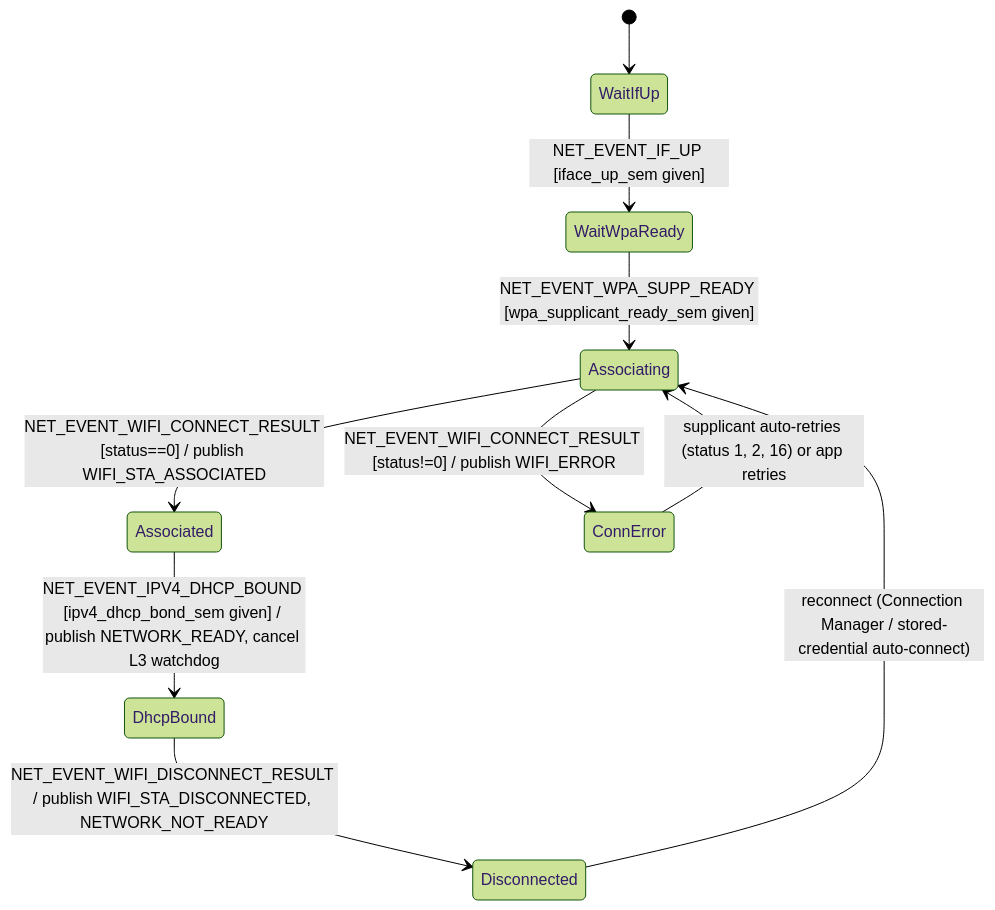
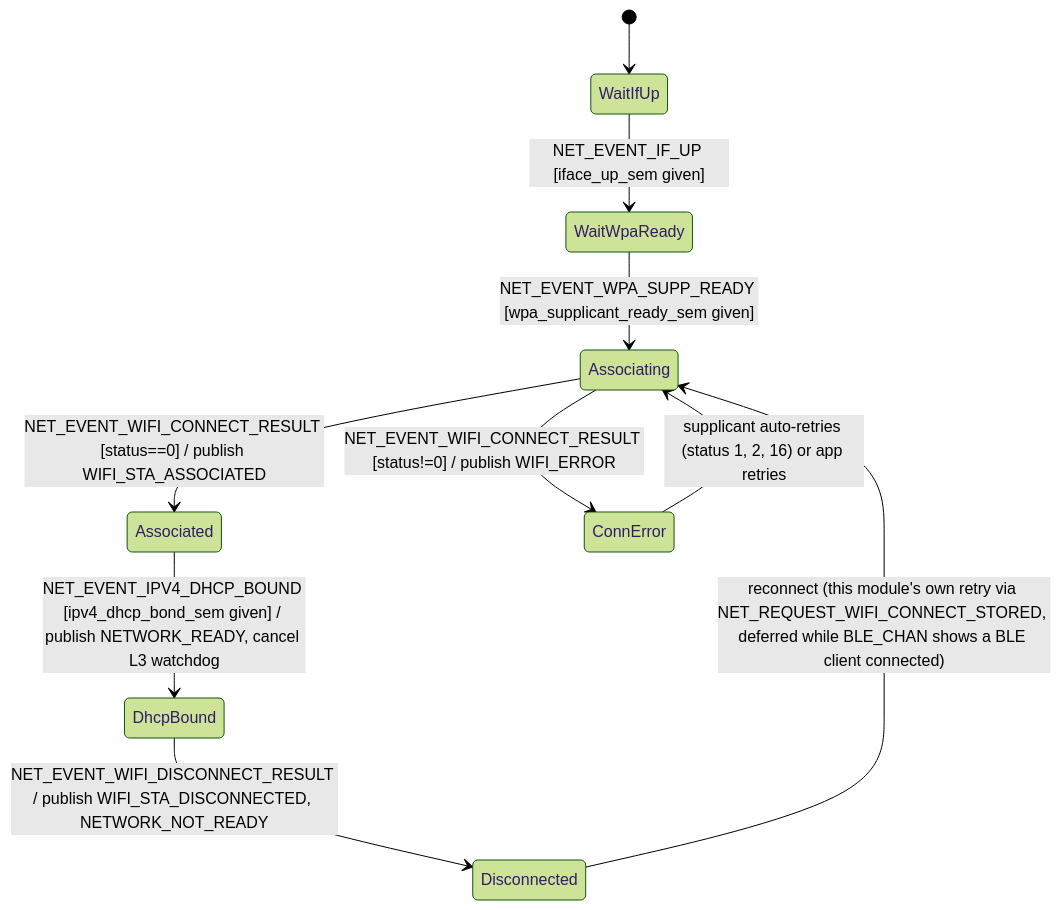
The diagram in docs/dev-specs/network-module.md (chshzh/nordic-wifi-memfault), drawn with Mermaid (forest theme) before and after one commit. The commit also changed other lines of this file and 10 other files, not shown here.

````diff
--- a/docs/dev-specs/network-module.md
+++ b/docs/dev-specs/network-module.md
@@ -93,12 +109,12 @@
 ```mermaid
 stateDiagram-v2
     [*] --> WaitIfUp
     WaitIfUp --> WaitWpaReady: NET_EVENT_IF_UP [iface_up_sem given]
     WaitWpaReady --> Associating: NET_EVENT_WPA_SUPP_READY [wpa_supplicant_ready_sem given]
     Associating --> Associated: NET_EVENT_WIFI_CONNECT_RESULT [status==0] / publish WIFI_STA_ASSOCIATED
     Associating --> ConnError: NET_EVENT_WIFI_CONNECT_RESULT [status!=0] / publish WIFI_ERROR
     Associated --> DhcpBound: NET_EVENT_IPV4_DHCP_BOUND [ipv4_dhcp_bond_sem given] / publish NETWORK_READY, cancel L3 watchdog
     DhcpBound --> Disconnected: NET_EVENT_WIFI_DISCONNECT_RESULT / publish WIFI_STA_DISCONNECTED, NETWORK_NOT_READY
-    Disconnected --> Associating: reconnect (Connection Manager / stored-credential auto-connect)
+    Disconnected --> Associating: reconnect (this module's own retry via NET_REQUEST_WIFI_CONNECT_STORED, deferred while BLE_CHAN shows a BLE client connected)
     ConnError --> Associating: supplicant auto-retries (status 1, 2, 16) or app retries
 ```
````
